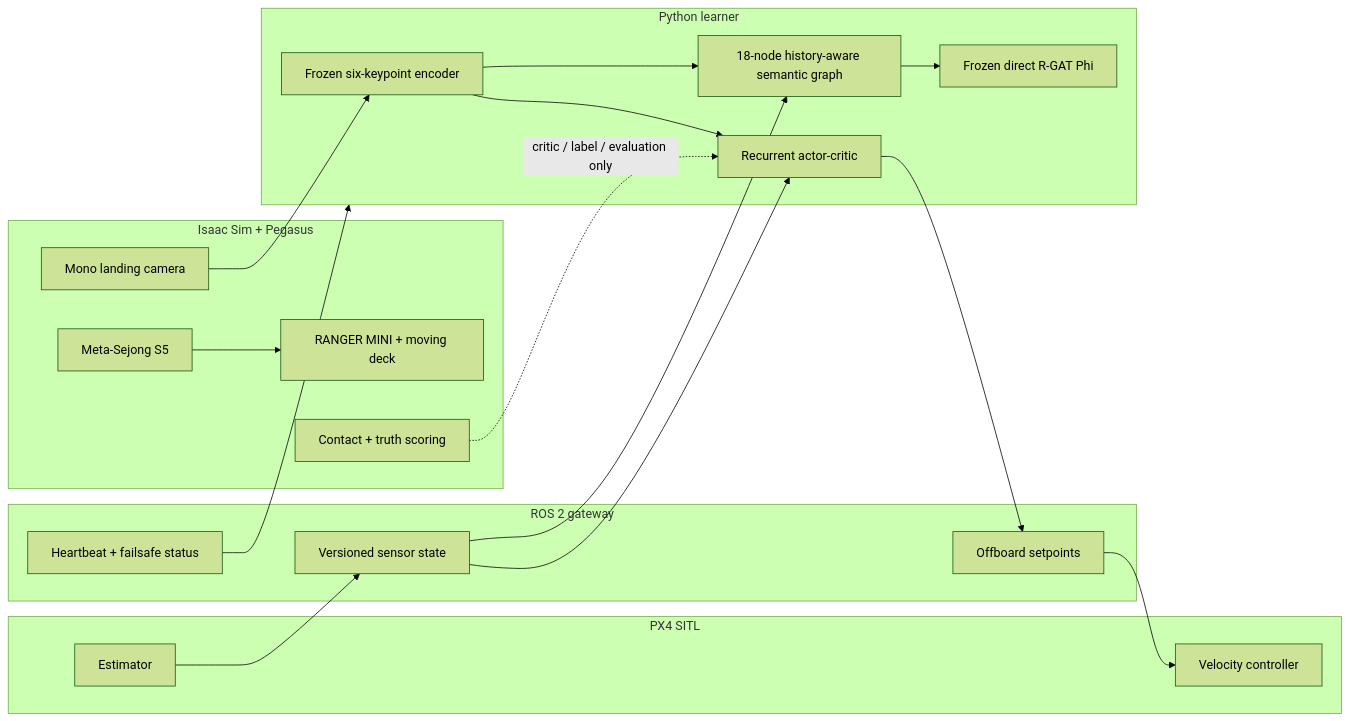
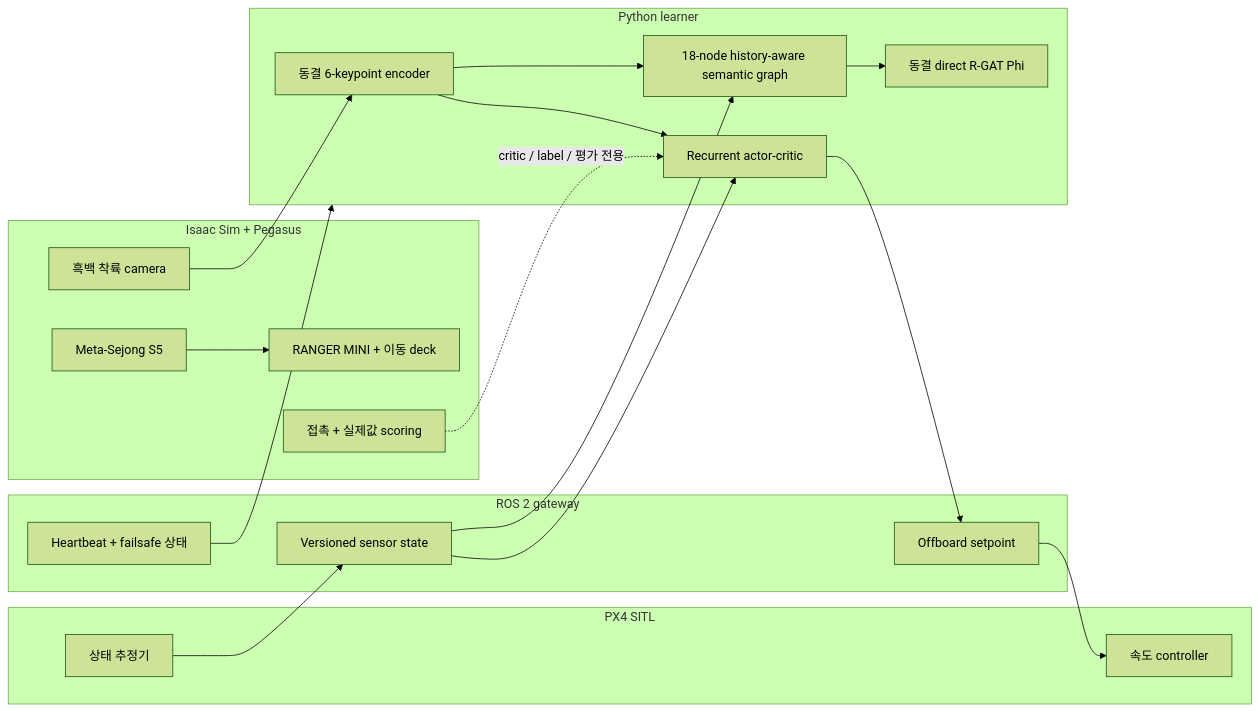
One commit to junsuk123/OntoReward-RL changed the diagram in Ontology_RGAT_UAV_RL_ISAAC_PX4/docs/SYSTEM_OVERVIEW.md. Above: the diagram before and after it, drawn with Mermaid (forest theme). The commit also changed other lines of this file and 14 other files, not shown here.

````diff
--- a/Ontology_RGAT_UAV_RL_ISAAC_PX4/docs/SYSTEM_OVERVIEW.md
+++ b/Ontology_RGAT_UAV_RL_ISAAC_PX4/docs/SYSTEM_OVERVIEW.md
@@ -12,31 +12,31 @@
 ```mermaid
 flowchart LR
   subgraph SIM[Isaac Sim + Pegasus]
     MAP[Meta-Sejong S5]
-    UGV[RANGER MINI + moving deck]
-    CAM[Mono landing camera]
-    CONTACT[Contact + truth scoring]
+    UGV[RANGER MINI + 이동 deck]
+    CAM[흑백 착륙 camera]
+    CONTACT[접촉 + 실제값 scoring]
   end
   subgraph PX[PX4 SITL]
-    EKF[Estimator]
-    CTRL[Velocity controller]
+    EKF[상태 추정기]
+    CTRL[속도 controller]
   end
   subgraph GW[ROS 2 gateway]
     STATE[Versioned sensor state]
-    CMD[Offboard setpoints]
-    SAFE[Heartbeat + failsafe status]
+    CMD[Offboard setpoint]
+    SAFE[Heartbeat + failsafe 상태]
   end
   subgraph LEARN[Python learner]
-    KP[Frozen six-keypoint encoder]
+    KP[동결 6-keypoint encoder]
     REC[Recurrent actor-critic]
     SEM[18-node history-aware semantic graph]
-    RGAT[Frozen direct R-GAT Phi]
+    RGAT[동결 direct R-GAT Phi]
   end
   CAM --> KP --> REC --> CMD --> CTRL
   EKF --> STATE --> REC
   KP --> SEM --> RGAT
   STATE --> SEM
-  CONTACT -. critic / label / evaluation only .-> REC
+  CONTACT -. critic / label / 평가 전용 .-> REC
   MAP --> UGV
   SAFE --> LEARN
 ```
````
